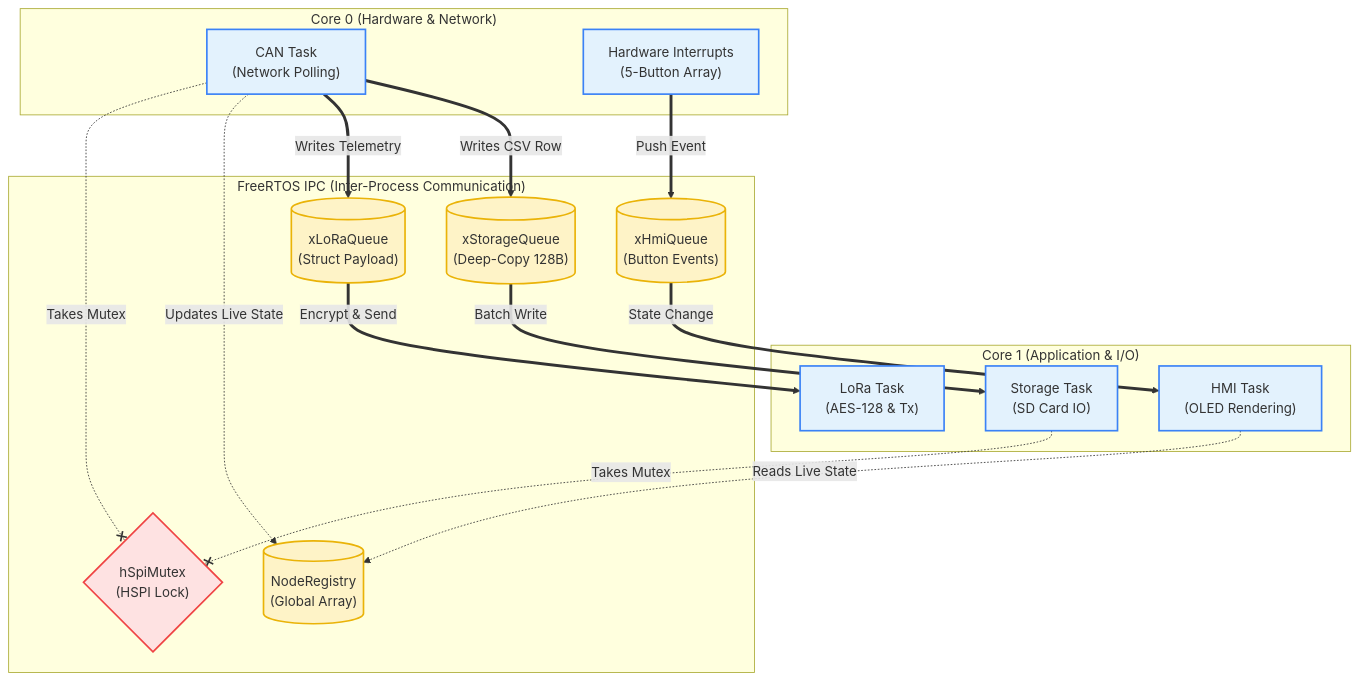
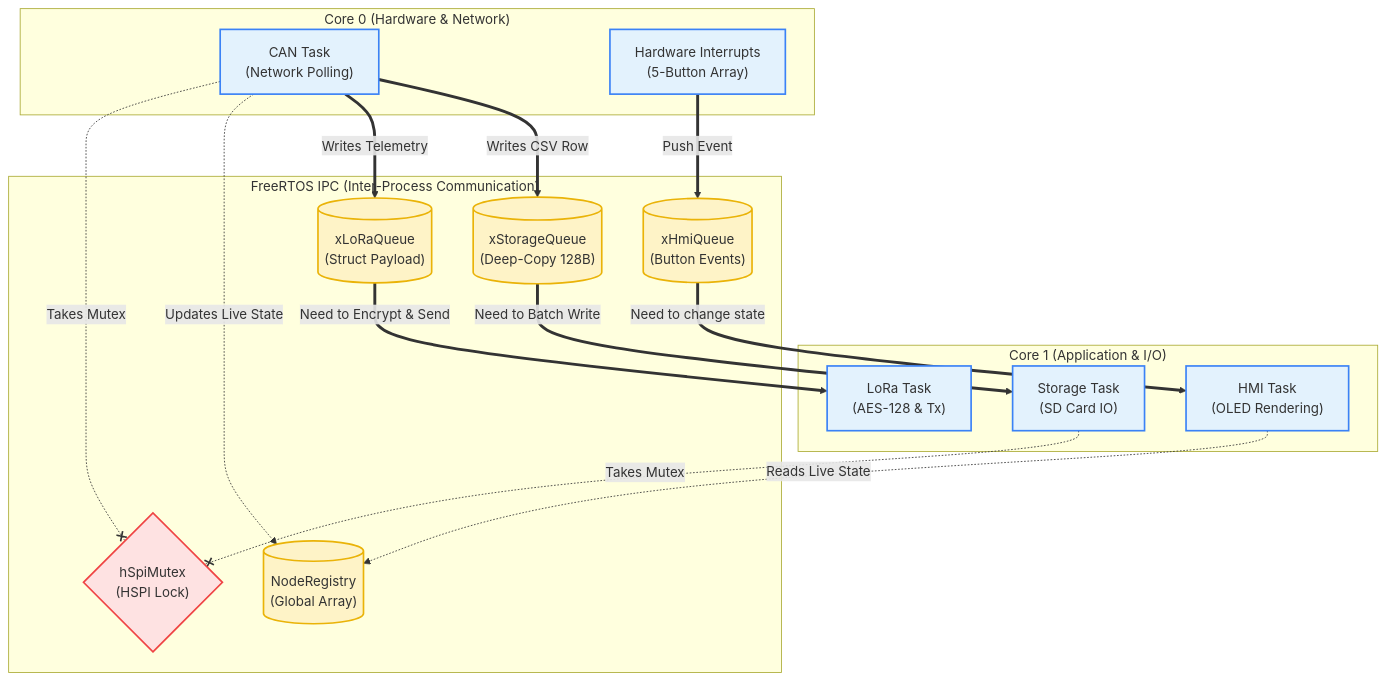
Before and after one commit to ChiragKotian/Industrial_Monitoring-Control_System: the second of 3 diagrams in README.md, drawn with Mermaid.

Commit message:
edits to rtos working flowchart

````diff
--- a/README.md
+++ b/README.md
@@ -102,45 +102,45 @@
 ```mermaid
 graph TD
     subgraph "Core 0 (Hardware & Network)"
         CAN["CAN Task<br/>(Network Polling)"]
         ISR["Hardware Interrupts<br/>(5-Button Array)"]
     end
 
     subgraph "Core 1 (Application & I/O)"
         UI["HMI Task<br/>(OLED Rendering)"]
         Storage["Storage Task<br/>(SD Card IO)"]
         LoRa["LoRa Task<br/>(AES-128 & Tx)"]
     end
 
     subgraph "FreeRTOS IPC (Inter-Process Communication)"
         Q_SD[("xStorageQueue<br/>(Deep-Copy 128B)")]
         Q_LoRa[("xLoRaQueue<br/>(Struct Payload)")]
         Q_UI[("xHmiQueue<br/>(Button Events)")]
         M_SPI{"hSpiMutex<br/>(HSPI Lock)"}
         Registry[("NodeRegistry<br/>(Global Array)")]
     end
 
     %% Data Flow
     CAN ==>|Writes CSV Row| Q_SD
     CAN ==>|Writes Telemetry| Q_LoRa
     CAN -.->|Updates Live State| Registry
     UI -.->|Reads Live State| Registry
 
-    Q_SD ==>|Batch Write| Storage
-    Q_LoRa ==>|Encrypt & Send| LoRa
+    Q_SD ==>|Need to Batch Write| Storage
+    Q_LoRa ==>|Need to Encrypt & Send| LoRa
 
     ISR ==>|Push Event| Q_UI
-    Q_UI ==>|State Change| UI
+    Q_UI ==>|Need to change state| UI
 
     %% SPI Mutex Logic
     CAN -.-x|Takes Mutex| M_SPI
     Storage -.-x|Takes Mutex| M_SPI
     
     classDef core fill:#e3f2fd,stroke:#3b82f6,stroke-width:2px;
     classDef ipc fill:#fef3c7,stroke:#eab308,stroke-width:2px;
     classDef mutex fill:#fee2e2,stroke:#ef4444,stroke-width:2px;
     
     class CAN,ISR,UI,Storage,LoRa core;
     class Q_SD,Q_LoRa,Q_UI,Registry ipc;
     class M_SPI mutex;
 ```
````
